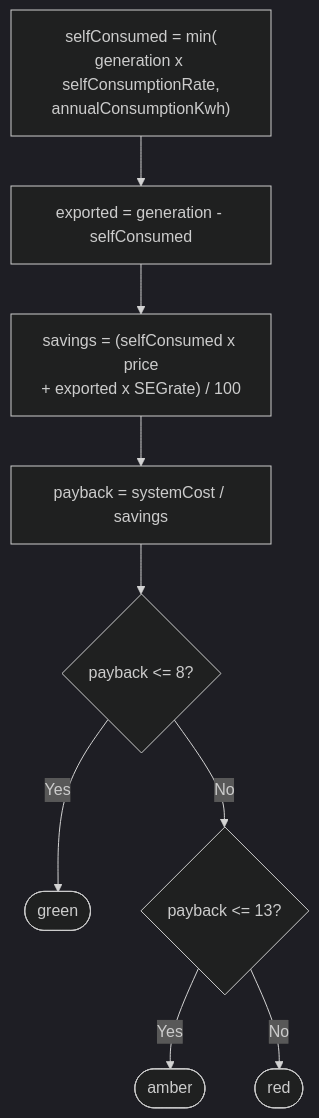
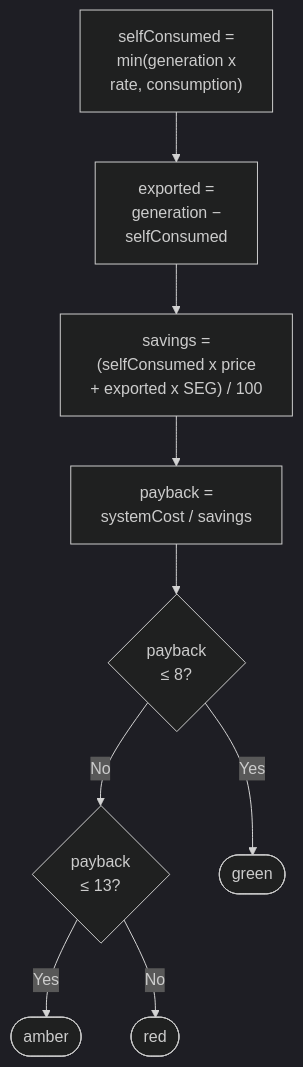
Before and after one commit to spallavi-stack/shubha-pm-portfolio: the seventh of 7 diagrams in projects/sunnysideup/docs/calculation-logic.md, drawn with Mermaid (dark theme). The commit also changed other lines of this file, not shown here.

First line of the commit message:
Fix clipped mermaid diagram labels in calculation-logic.md

````diff
--- a/projects/sunnysideup/docs/calculation-logic.md
+++ b/projects/sunnysideup/docs/calculation-logic.md
@@ -244,11 +306,21 @@
 ```mermaid
 flowchart TD
-  F1["selfConsumed = min(<br/>generation x selfConsumptionRate,<br/>annualConsumptionKwh)"] --> F2["exported = generation - selfConsumed"]
-  F2 --> F3["savings = (selfConsumed x price<br/>+ exported x SEGrate) / 100"]
-  F3 --> F4["payback = systemCost / savings"]
-  F4 --> F5{"payback <= 8?"}
-  F5 -->|Yes| Green(["green"])
-  F5 -->|No| F6{"payback <= 13?"}
-  F6 -->|Yes| Amber(["amber"])
-  F6 -->|No| Red(["red"])
+  F1["selfConsumed =<br/>min(generation x<br/>rate, consumption)"]
+  F2["exported =<br/>generation −<br/>selfConsumed"]
+  F3["savings =<br/>(selfConsumed x price<br/>+ exported x SEG) / 100"]
+  F4["payback =<br/>systemCost / savings"]
+  F5{"payback<br/>≤ 8?"}
+  F6{"payback<br/>≤ 13?"}
+  Green(["green"])
+  Amber(["amber"])
+  Red(["red"])
+
+  F1 --> F2
+  F2 --> F3
+  F3 --> F4
+  F4 --> F5
+  F5 -->|Yes| Green
+  F5 -->|No| F6
+  F6 -->|Yes| Amber
+  F6 -->|No| Red
 ```
````
